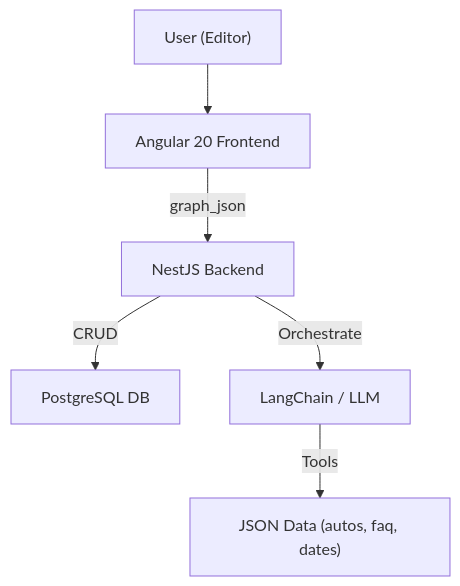
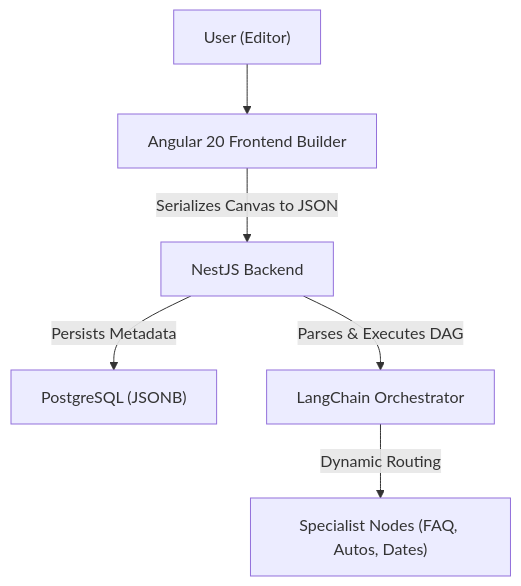
One commit to alessparedes/AtomChallenge changed the diagram in docs/architecture.md. Above: the diagram before and after it, drawn with Mermaid. The commit also changed other lines of this file and 1 other file, not shown here.

Commit message:
docs: clarify and expand on Metadata-Driven DAG architecture

````diff
--- a/docs/architecture.md
+++ b/docs/architecture.md
@@ -9,8 +14,8 @@
 ```mermaid
 graph TD
-    User["User (Editor)"] --> Frontend["Angular 20 Frontend"]
-    Frontend -->|graph_json| Backend["NestJS Backend"]
-    Backend -->|CRUD| PostgreSQL["PostgreSQL DB"]
-    Backend -->|Orchestrate| LangChain["LangChain / LLM"]
-    LangChain -->|Tools| DataSources["JSON Data (autos, faq, dates)"]
+    User["User (Editor)"] --> Frontend["Angular 20 Frontend Builder"]
+    Frontend -->|Serializes Canvas to JSON| Backend["NestJS Backend"]
+    Backend -->|Persists Metadata| PostgreSQL["PostgreSQL (JSONB)"]
+    Backend -->|Parses & Executes DAG| LangChain["LangChain Orchestrator"]
+    LangChain -->|Dynamic Routing| Nodes["Specialist Nodes (FAQ, Autos, Dates)"]
 ```
````
